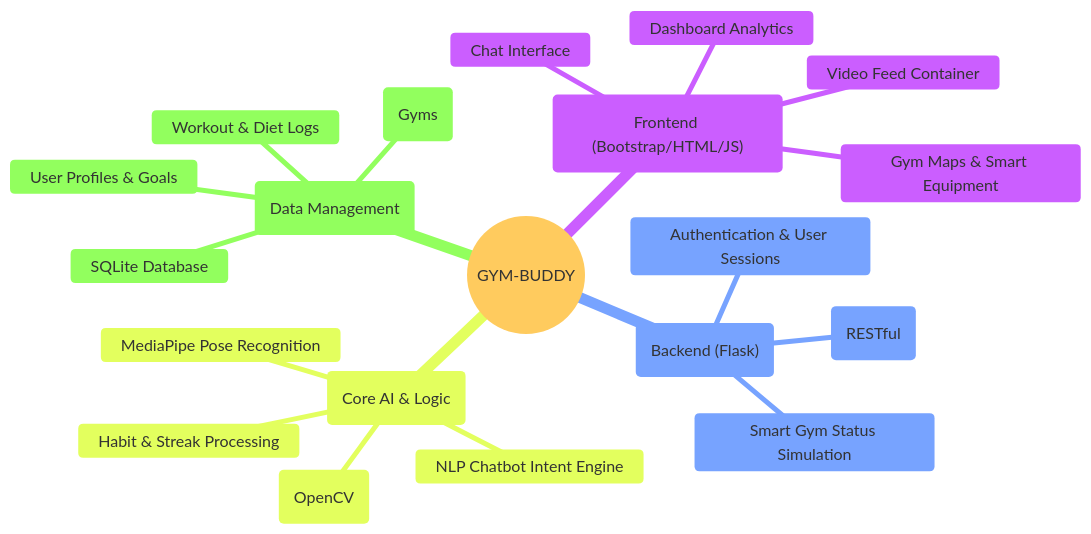
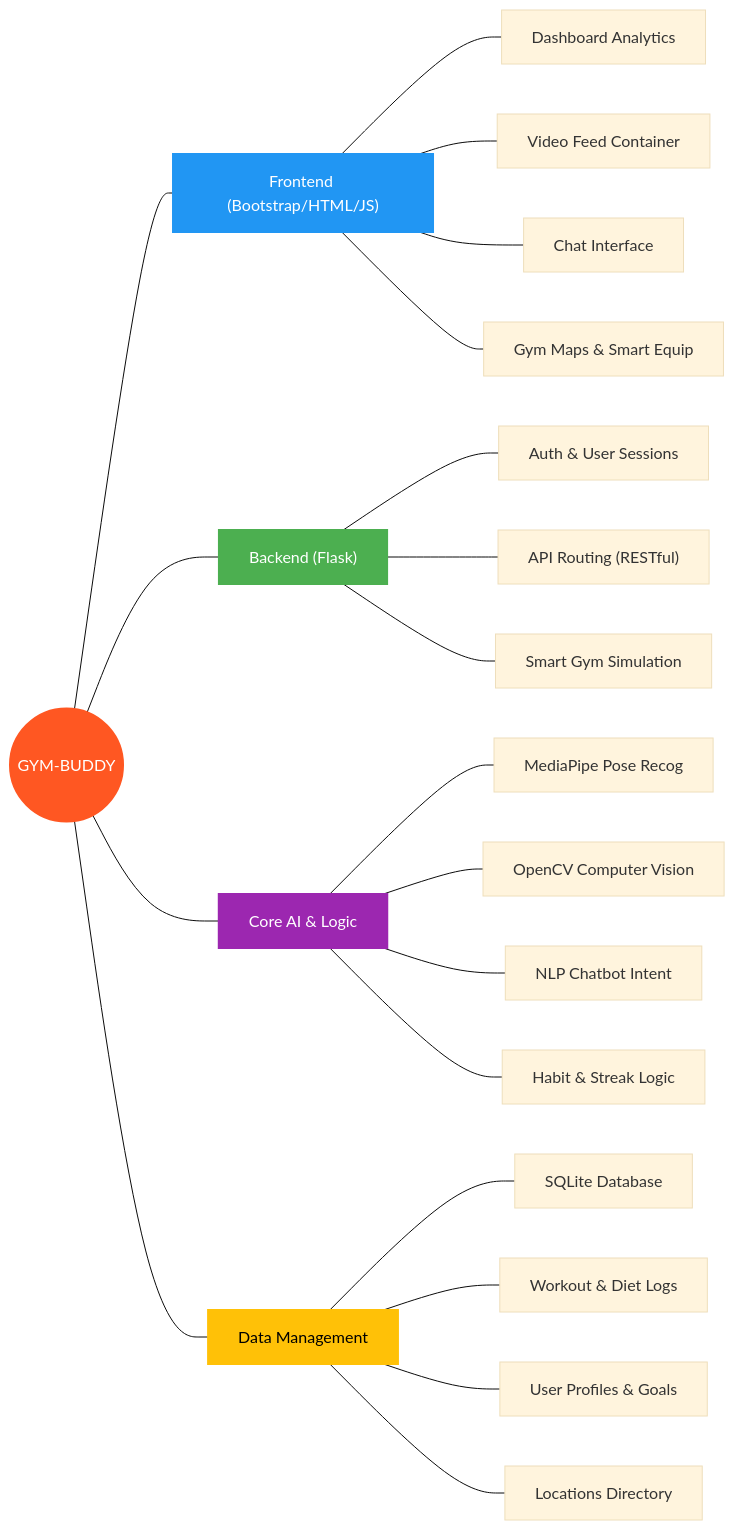
The diagram in README.md (ganeshboda5495007-byte/GYM-BUDDY), drawn with Mermaid (base theme) before and after one commit.

Commit message:
Convert mindmap to graph LR and apply solid color classes so GitHub renders correctly

````diff
--- a/README.md
+++ b/README.md
@@ -9,23 +9,33 @@
 ```mermaid
-mindmap
-  root(("GYM-BUDDY"))
-    Frontend("Frontend (Bootstrap/HTML/JS)")
-      Dashboard Analytics
-      Video Feed Container
-      Chat Interface
-      Gym Maps & Smart Equipment
-    Backend("Backend (Flask)")
-      Authentication & User Sessions
-      API Routing (RESTful)
-      Smart Gym Status Simulation
-    CoreAI("Core AI & Logic")
-      MediaPipe Pose Recognition
-      Computer Vision (OpenCV)
-      NLP Chatbot Intent Engine
-      Habit & Streak Processing
-    DataMgmt("Data Management")
-      SQLite Database
-      Workout & Diet Logs
-      User Profiles & Goals
-      External Locations (Gyms)
+graph LR
+  root(("GYM-BUDDY")):::rootClass
+
+  root --- f["Frontend (Bootstrap/HTML/JS)"]:::frontClass
+  f --- f1["Dashboard Analytics"]
+  f --- f2["Video Feed Container"]
+  f --- f3["Chat Interface"]
+  f --- f4["Gym Maps & Smart Equip"]
+
+  root --- b["Backend (Flask)"]:::backClass
+  b --- b1["Auth & User Sessions"]
+  b --- b2["API Routing (RESTful)"]
+  b --- b3["Smart Gym Simulation"]
+
+  root --- c["Core AI & Logic"]:::aiClass
+  c --- c1["MediaPipe Pose Recog"]
+  c --- c2["OpenCV Computer Vision"]
+  c --- c3["NLP Chatbot Intent"]
+  c --- c4["Habit & Streak Logic"]
+
+  root --- d["Data Management"]:::dataClass
+  d --- d1["SQLite Database"]
+  d --- d2["Workout & Diet Logs"]
+  d --- d3["User Profiles & Goals"]
+  d --- d4["Locations Directory"]
+
+  classDef rootClass fill:#ff5722,color:#fff,stroke:#ff5722,stroke-width:2px;
+  classDef frontClass fill:#2196f3,color:#fff,stroke:#2196f3,stroke-width:2px;
+  classDef backClass fill:#4caf50,color:#fff,stroke:#4caf50,stroke-width:2px;
+  classDef aiClass fill:#9c27b0,color:#fff,stroke:#9c27b0,stroke-width:2px;
+  classDef dataClass fill:#ffc107,color:#000,stroke:#ffc107,stroke-width:2px;
 ```
````
